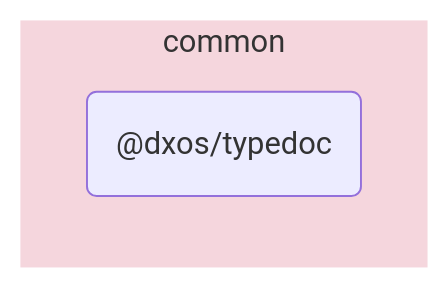
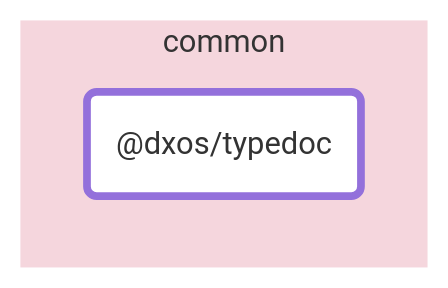
One commit to dxos/dxos changed the diagram in packages/common/typedoc/docs/README.md. Above: the diagram before and after it, drawn with Mermaid. The commit also changed other lines of this file and 88 other files, not shown here.

````diff
--- a/packages/common/typedoc/docs/README.md
+++ b/packages/common/typedoc/docs/README.md
@@ -5,9 +7,12 @@
 ```mermaid
 flowchart LR;
+
+style dxos/typedoc fill:#fff,stroke-width:4px;
+
 
 subgraph common
   style common fill:#f5d6dd,stroke:#fff;
   dxos/typedoc("@dxos/typedoc");
 end
 
 ```
````
